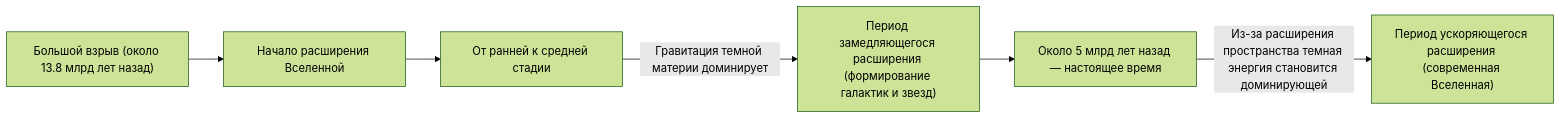
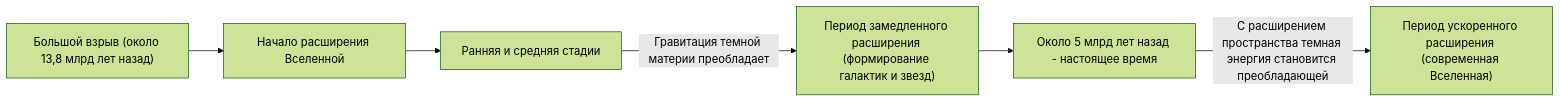
Before and after one commit to kenjinote/blog: the second of 2 diagrams in content/post/dark-matter-dark-energy-mysteries/index.ru.md, drawn with Mermaid (forest theme). The commit also changed other lines of this file and 12 other files, not shown here.

````diff
--- a/content/post/dark-matter-dark-energy-mysteries/index.ru.md
+++ b/content/post/dark-matter-dark-energy-mysteries/index.ru.md
@@ -83,8 +89,8 @@
 ```mermaid
 graph LR
-    A["Большой взрыв (около 13.8 млрд лет назад)"] --> B["Начало расширения Вселенной"]
-    B --> C["От ранней к средней стадии"]
-    C -- "Гравитация темной материи доминирует" --> D["Период замедляющегося расширения (формирование галактик и звезд)"]
-    D --> E["Около 5 млрд лет назад — настоящее время"]
-    E -- "Из-за расширения пространства темная энергия становится доминирующей" --> F["Период ускоряющегося расширения (современная Вселенная)"]
+    A["Большой взрыв (около 13,8 млрд лет назад)"] --> B["Начало расширения Вселенной"]
+    B --> C["Ранняя и средняя стадии"]
+    C -- "Гравитация темной материи преобладает" --> D["Период замедленного расширения (формирование галактик и звезд)"]
+    D --> E["Около 5 млрд лет назад - настоящее время"]
+    E -- "С расширением пространства темная энергия становится преобладающей" --> F["Период ускоренного расширения (современная Вселенная)"]
 ```
````
